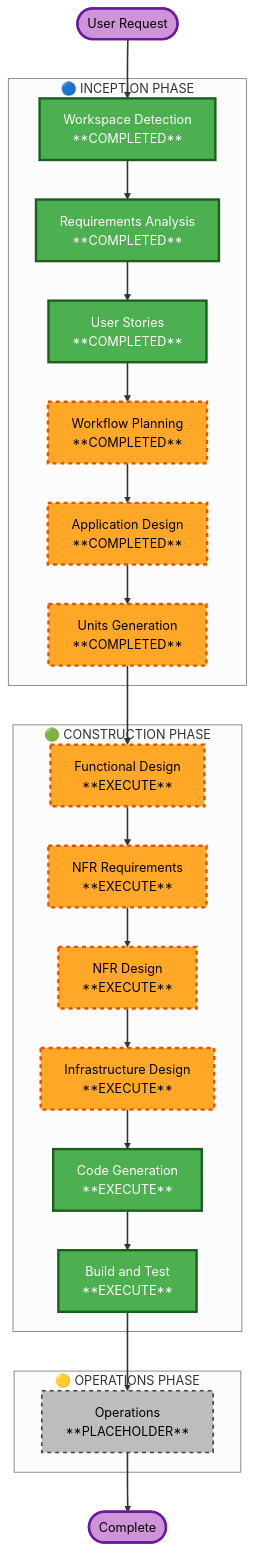
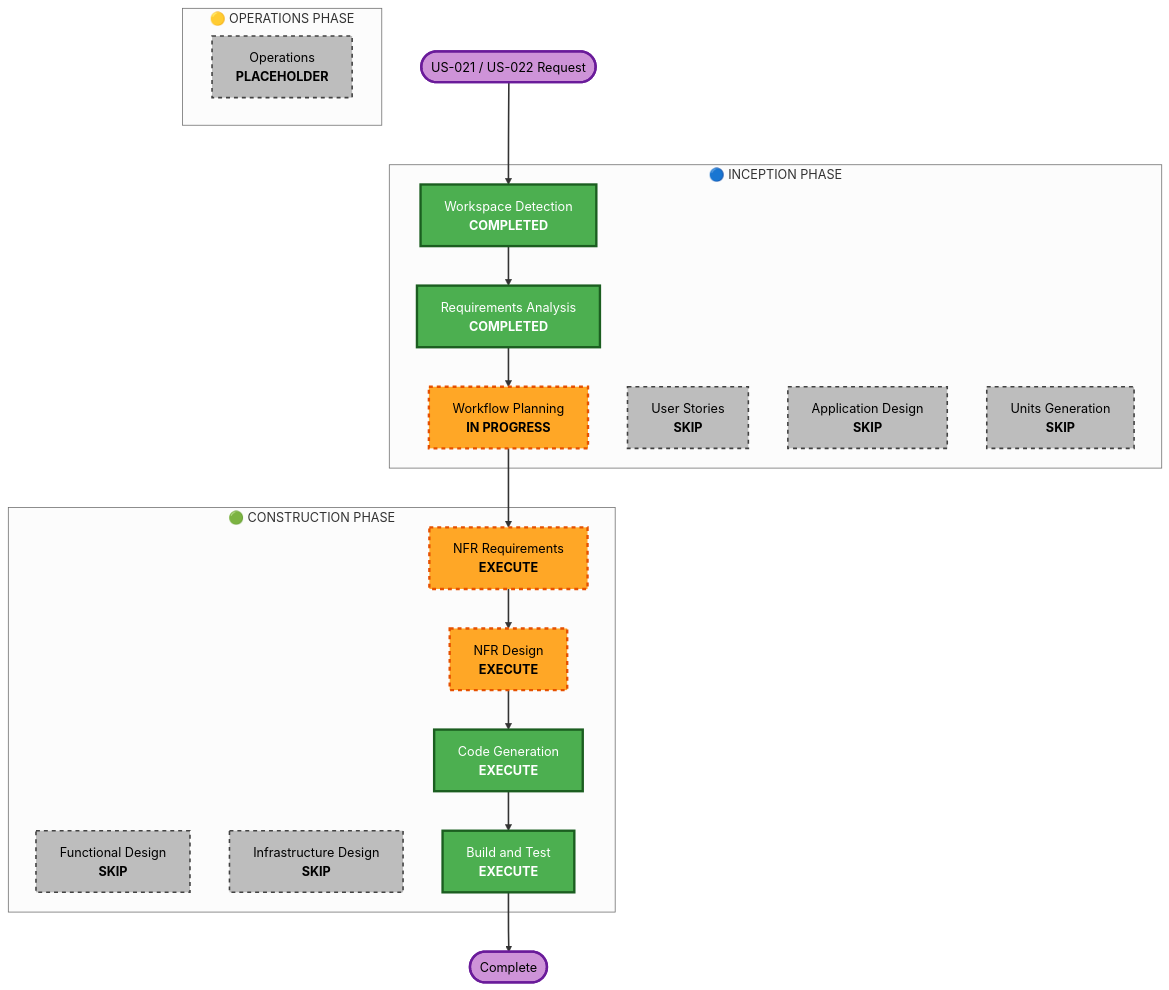
Before and after one commit to makinosp/utopia: the diagram in aidlc-docs/inception/plans/execution-plan.md, drawn with Mermaid (neutral theme). The commit also changed other lines of this file and 2 other files, not shown here.

Commit message:
feat(audit): add workflow planning completion details for US-021/US-022

````diff
--- a/aidlc-docs/inception/plans/execution-plan.md
+++ b/aidlc-docs/inception/plans/execution-plan.md
@@ -21,59 +30,53 @@
 ```mermaid
 flowchart TD
-    Start(["User Request"])
-
+    Start(["US-021 / US-022 Request"])
+    
     subgraph INCEPTION["🔵 INCEPTION PHASE"]
-        WD["Workspace Detection\n**COMPLETED**"]
-        RA["Requirements Analysis\n**COMPLETED**"]
-        US["User Stories\n**COMPLETED**"]
-        WP["Workflow Planning\n**COMPLETED**"]
-        AD["Application Design\n**COMPLETED**"]
-        UG["Units Generation\n**COMPLETED**"]
+        WD["Workspace Detection<br/><b>COMPLETED</b>"]
+        RA["Requirements Analysis<br/><b>COMPLETED</b>"]
+        WP["Workflow Planning<br/><b>IN PROGRESS</b>"]
+        US["User Stories<br/><b>SKIP</b>"]
+        AD["Application Design<br/><b>SKIP</b>"]
+        UG["Units Generation<br/><b>SKIP</b>"]
     end
-
+    
     subgraph CONSTRUCTION["🟢 CONSTRUCTION PHASE"]
-        FD["Functional Design\n**EXECUTE**"]
-        NFRA["NFR Requirements\n**EXECUTE**"]
-        NFRD["NFR Design\n**EXECUTE**"]
-        ID["Infrastructure Design\n**EXECUTE**"]
-        CG["Code Generation\n**EXECUTE**"]
-        BT["Build and Test\n**EXECUTE**"]
+        FD["Functional Design<br/><b>SKIP</b>"]
+        NFRA["NFR Requirements<br/><b>EXECUTE</b>"]
+        NFRD["NFR Design<br/><b>EXECUTE</b>"]
+        ID["Infrastructure Design<br/><b>SKIP</b>"]
+        CG["Code Generation<br/><b>EXECUTE</b>"]
+        BT["Build and Test<br/><b>EXECUTE</b>"]
     end
-
+    
     subgraph OPERATIONS["🟡 OPERATIONS PHASE"]
-        OPS["Operations\n**PLACEHOLDER**"]
+        OPS["Operations<br/><b>PLACEHOLDER</b>"]
     end
-
+    
     Start --> WD
     WD --> RA
-    RA --> US
-    US --> WP
-    WP --> AD
-    AD --> UG
-    UG --> FD
-    FD --> NFRA
+    RA --> WP
+    WP --> NFRA
     NFRA --> NFRD
-    NFRD --> ID
-    ID --> CG
+    NFRD --> CG
     CG --> BT
-    BT --> OPS
-    OPS --> End(["Complete"])
+    BT --> End(["Complete"])
 
     style WD fill:#4CAF50,stroke:#1B5E20,stroke-width:3px,color:#fff
     style RA fill:#4CAF50,stroke:#1B5E20,stroke-width:3px,color:#fff
-    style US fill:#4CAF50,stroke:#1B5E20,stroke-width:3px,color:#fff
     style WP fill:#FFA726,stroke:#E65100,stroke-width:3px,stroke-dasharray: 5 5,color:#000
-    style AD fill:#FFA726,stroke:#E65100,stroke-width:3px,stroke-dasharray: 5 5,color:#000
-    style UG fill:#FFA726,stroke:#E65100,stroke-width:3px,stroke-dasharray: 5 5,color:#000
-    style FD fill:#FFA726,stroke:#E65100,stroke-width:3px,stroke-dasharray: 5 5,color:#000
     style NFRA fill:#FFA726,stroke:#E65100,stroke-width:3px,stroke-dasharray: 5 5,color:#000
     style NFRD fill:#FFA726,stroke:#E65100,stroke-width:3px,stroke-dasharray: 5 5,color:#000
-    style ID fill:#FFA726,stroke:#E65100,stroke-width:3px,stroke-dasharray: 5 5,color:#000
     style CG fill:#4CAF50,stroke:#1B5E20,stroke-width:3px,color:#fff
     style BT fill:#4CAF50,stroke:#1B5E20,stroke-width:3px,color:#fff
-    style OPS fill:#BDBDBD,stroke:#424242,stroke-width:2px,stroke-dasharray: 5 5,color:#000
+    style US fill:#BDBDBD,stroke:#424242,stroke-width:2px,stroke-dasharray: 5 5,color:#000
+    style AD fill:#BDBDBD,stroke:#424242,stroke-width:2px,stroke-dasharray: 5 5,color:#000
+    style UG fill:#BDBDBD,stroke:#424242,stroke-width:2px,stroke-dasharray: 5 5,color:#000
+    style FD fill:#BDBDBD,stroke:#424242,stroke-width:2px,stroke-dasharray: 5 5,color:#000
+    style ID fill:#BDBDBD,stroke:#424242,stroke-width:2px,stroke-dasharray: 5 5,color:#000
     style Start fill:#CE93D8,stroke:#6A1B9A,stroke-width:3px,color:#000
     style End fill:#CE93D8,stroke:#6A1B9A,stroke-width:3px,color:#000
+    style OPS fill:#BDBDBD,stroke:#424242,stroke-width:2px,stroke-dasharray: 5 5,color:#000
 
     linkStyle default stroke:#333,stroke-width:2px
 ```
````
